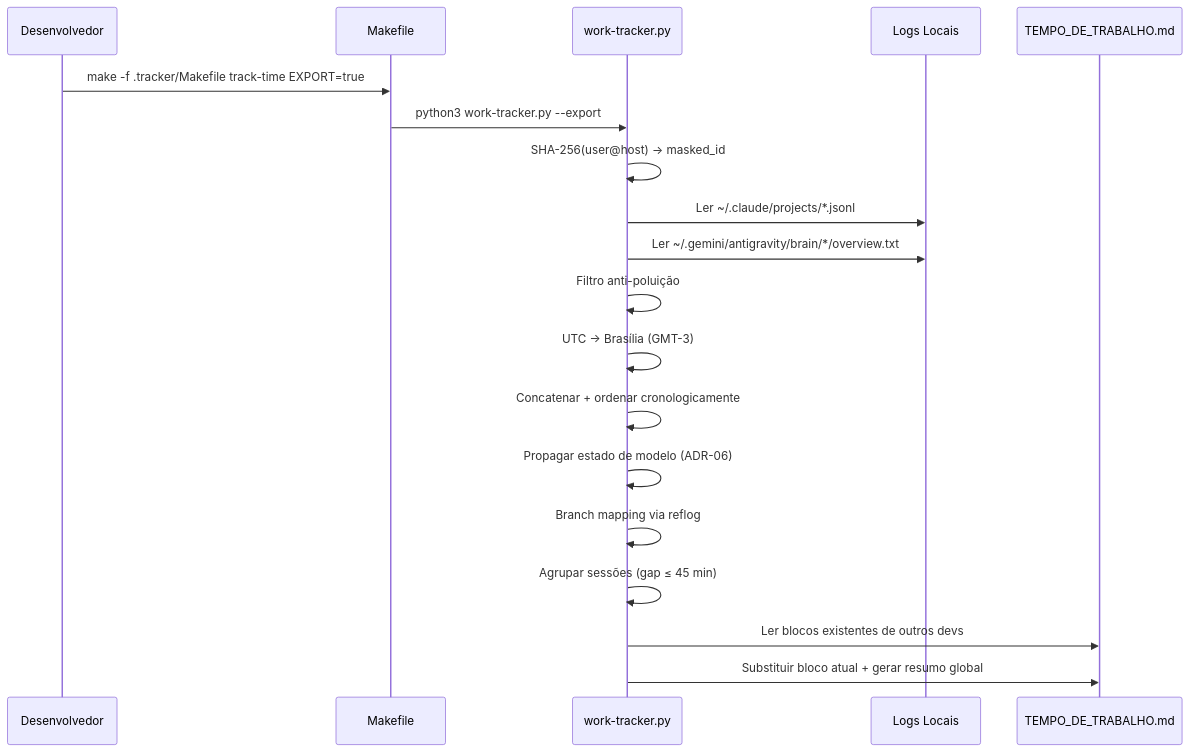
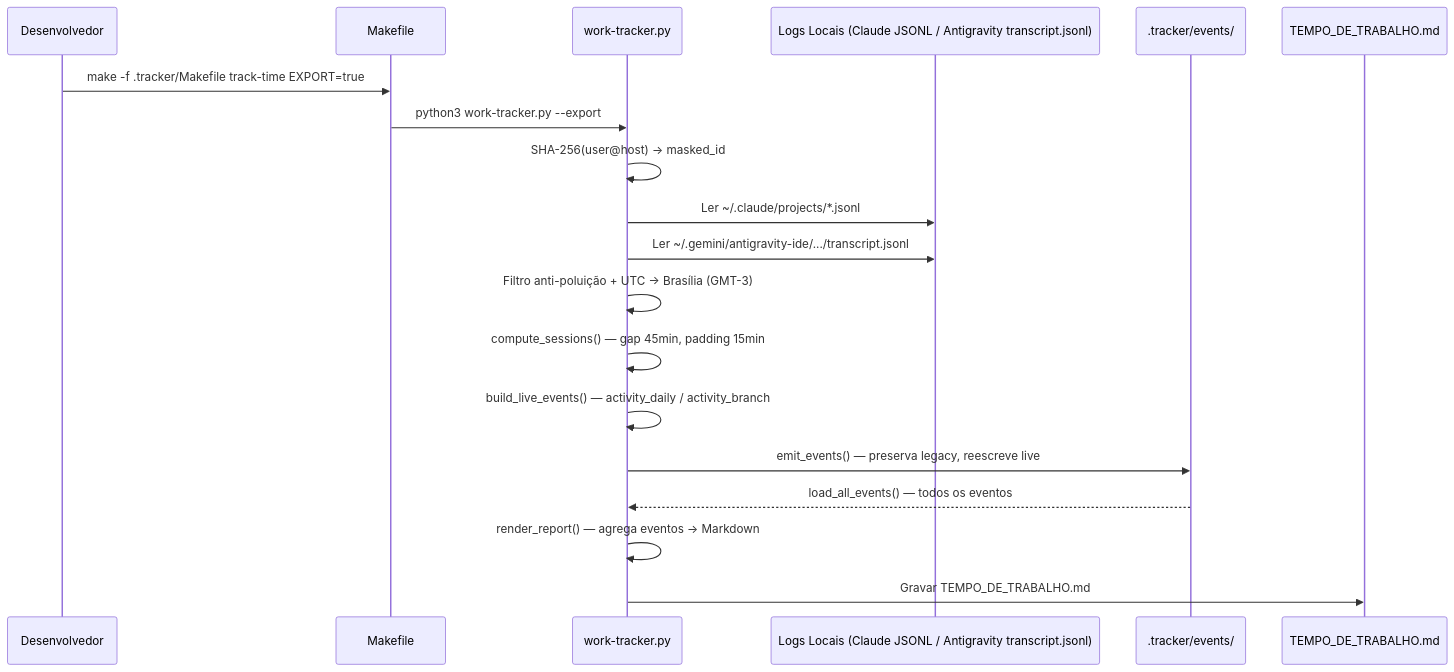
The diagram in .tracker/project-context.md (ismaelsoj/cluster-kubernetes), drawn with Mermaid before and after one commit. The commit also changed other lines of this file and 8 other files, not shown here.

````diff
--- a/.tracker/project-context.md
+++ b/.tracker/project-context.md
@@ -111,22 +123,22 @@
 ```mermaid
 sequenceDiagram
     participant D as Desenvolvedor
     participant M as Makefile
     participant W as work-tracker.py
-    participant FS as Logs Locais
+    participant FS as Logs Locais (Claude JSONL / Antigravity transcript.jsonl)
+    participant EV as .tracker/events/
     participant MD as TEMPO_DE_TRABALHO.md
-    
+
     D->>M: make -f .tracker/Makefile track-time EXPORT=true
     M->>W: python3 work-tracker.py --export
     W->>W: SHA-256(user@host) → masked_id
     W->>FS: Ler ~/.claude/projects/*.jsonl
-    W->>FS: Ler ~/.gemini/antigravity/brain/*/overview.txt
-    W->>W: Filtro anti-poluição
-    W->>W: UTC → Brasília (GMT-3)
-    W->>W: Concatenar + ordenar cronologicamente
-    W->>W: Propagar estado de modelo (ADR-06)
-    W->>W: Branch mapping via reflog
-    W->>W: Agrupar sessões (gap ≤ 45 min)
-    W->>MD: Ler blocos existentes de outros devs
-    W->>MD: Substituir bloco atual + gerar resumo global
+    W->>FS: Ler ~/.gemini/antigravity-ide/.../transcript.jsonl
+    W->>W: Filtro anti-poluição + UTC → Brasília (GMT-3)
+    W->>W: compute_sessions() — gap 45min, padding 15min
+    W->>W: build_live_events() — activity_daily / activity_branch
+    W->>EV: emit_events() — preserva legacy, reescreve live
+    EV-->>W: load_all_events() — todos os eventos
+    W->>W: render_report() — agrega eventos → Markdown
+    W->>MD: Gravar TEMPO_DE_TRABALHO.md
 ```
````
